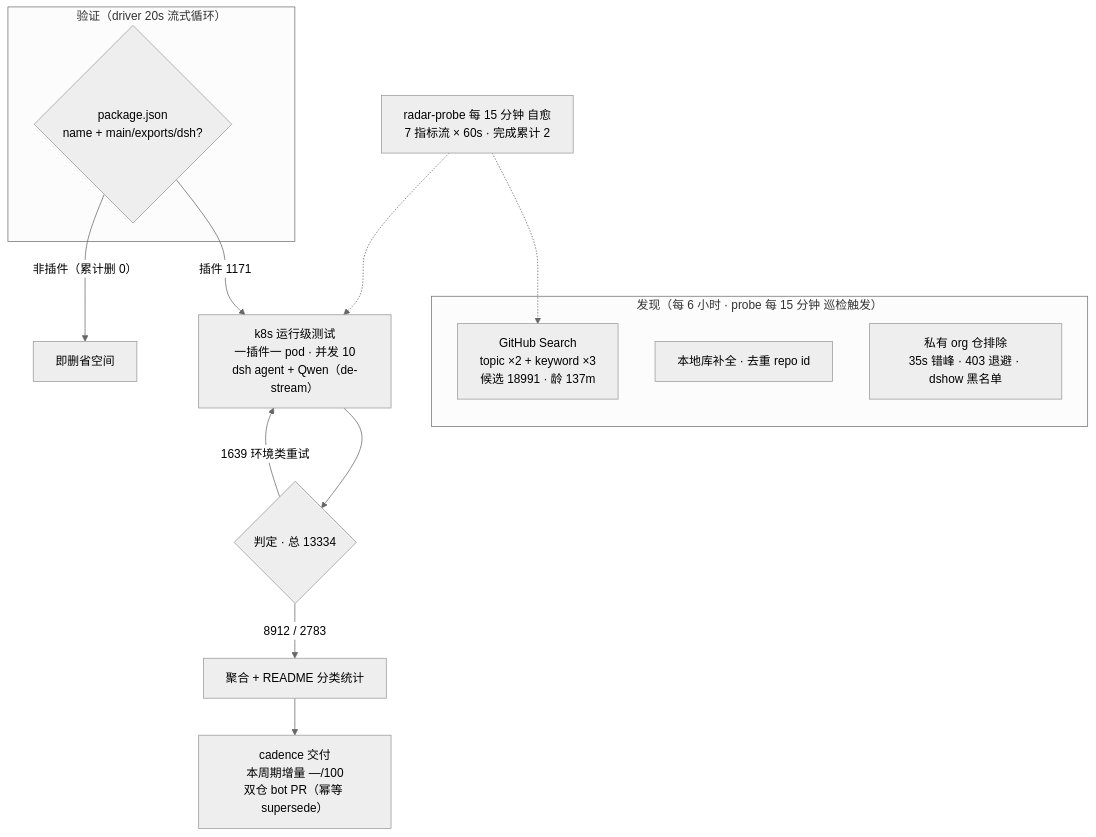
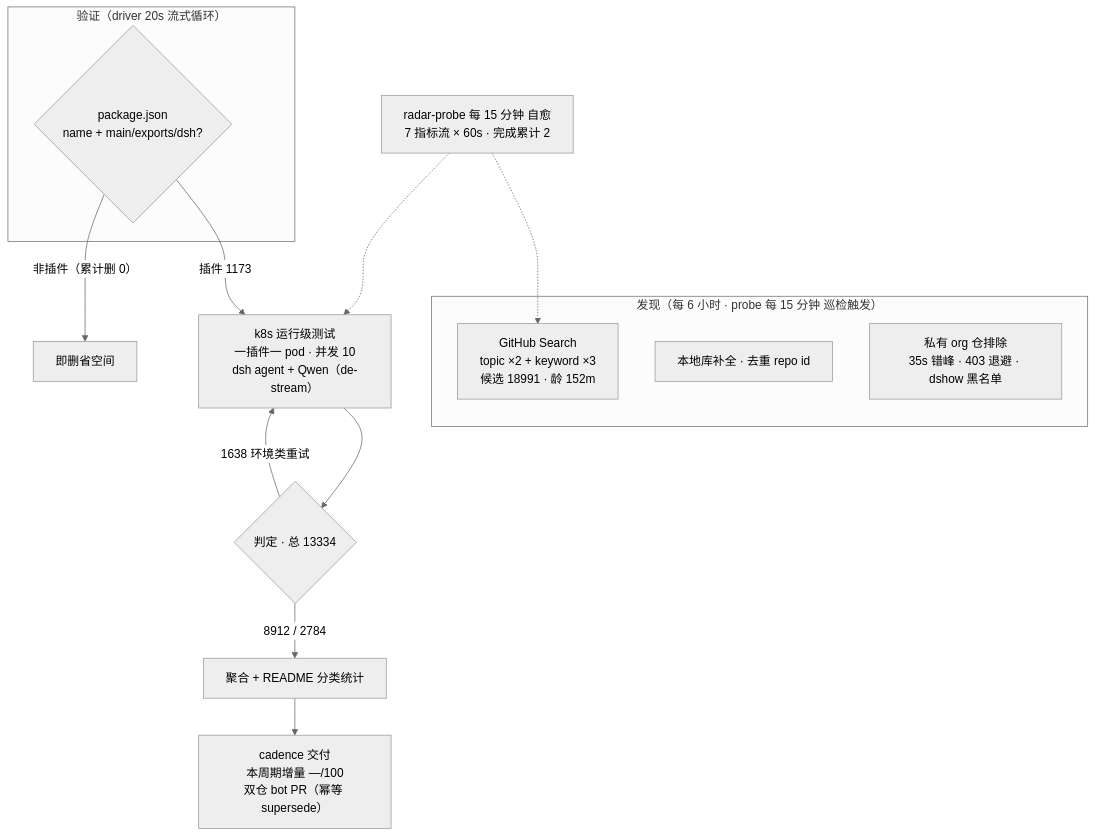
Before and after one commit to Zhidao-Lab-OSS/awesome-dsh-plugins: the diagram in README.md, drawn with Mermaid (neutral theme). The commit also changed other lines of this file and 1 other file, not shown here.

````diff
--- a/README.md
+++ b/README.md
@@ -58,20 +59,20 @@
 ```mermaid
 flowchart TB
     subgraph Discovery["发现（每 6 小时 · probe 每 15 分钟 巡检触发）"]
-        A1["GitHub Search<br/>topic ×2 + keyword ×3<br/>候选 18991 · 龄 137m"]
+        A1["GitHub Search<br/>topic ×2 + keyword ×3<br/>候选 18991 · 龄 152m"]
         A2["本地库补全 · 去重 repo id"]
         A3["私有 org 仓排除<br/>35s 错峰 · 403 退避 · dshow 黑名单"]
     end
     subgraph Validation["验证（driver 20s 流式循环）"]
         B1{"package.json<br/>name + main/exports/dsh?"}
     end
-    B1 -->|"插件 1171"| C1["k8s 运行级测试<br/>一插件一 pod · 并发 10<br/>dsh agent + Qwen（de-stream）"]
+    B1 -->|"插件 1173"| C1["k8s 运行级测试<br/>一插件一 pod · 并发 10<br/>dsh agent + Qwen（de-stream）"]
     B1 -->|"非插件（累计删 0）"| B3["即删省空间"]
     C1 --> D1{"判定 · 总 13334"}
-    D1 -->|"8912 / 2783"| E1["聚合 + README 分类统计"]
-    D1 -->|"1639 环境类重试"| C1
+    D1 -->|"8912 / 2784"| E1["聚合 + README 分类统计"]
+    D1 -->|"1638 环境类重试"| C1
     E1 --> E2["cadence 交付<br/>本周期增量 —/100<br/>双仓 bot PR（幂等 supersede）"]
     M["radar-probe 每 15 分钟 自愈<br/>7 指标流 × 60s · 完成累计 2"]
     M -.-> A1
     M -.-> C1
 ```
````
